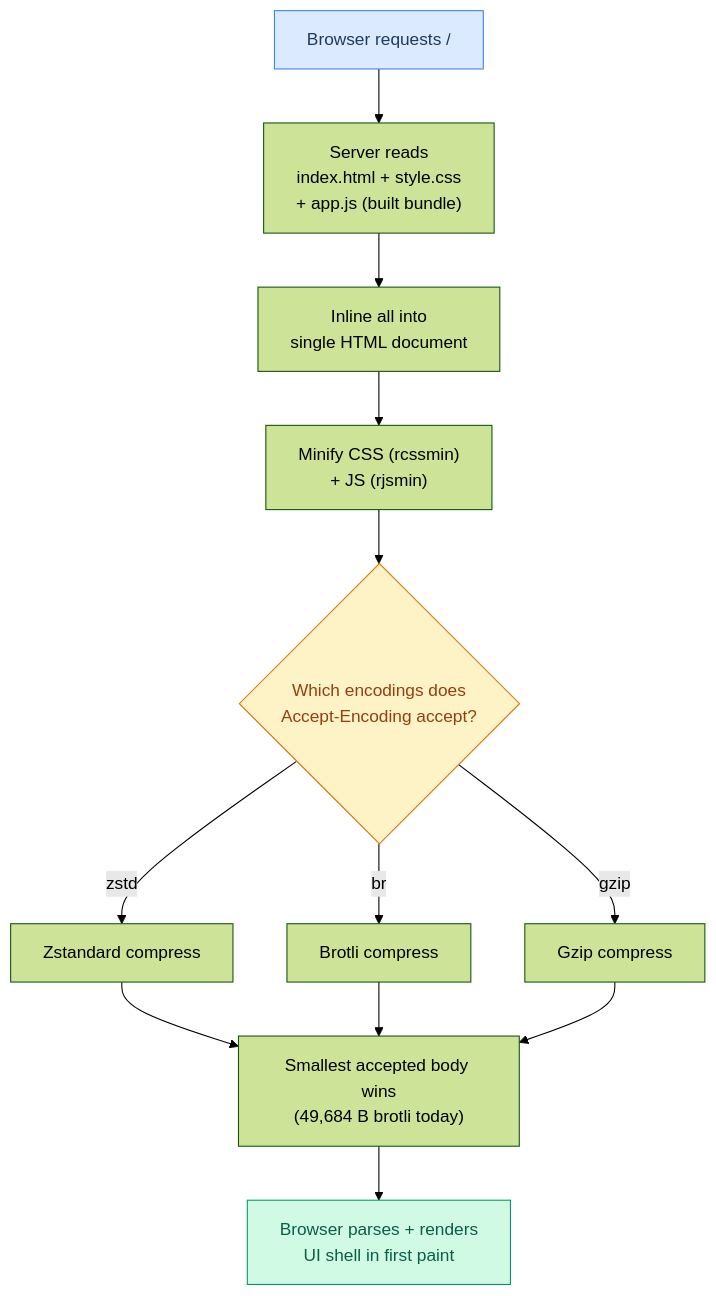
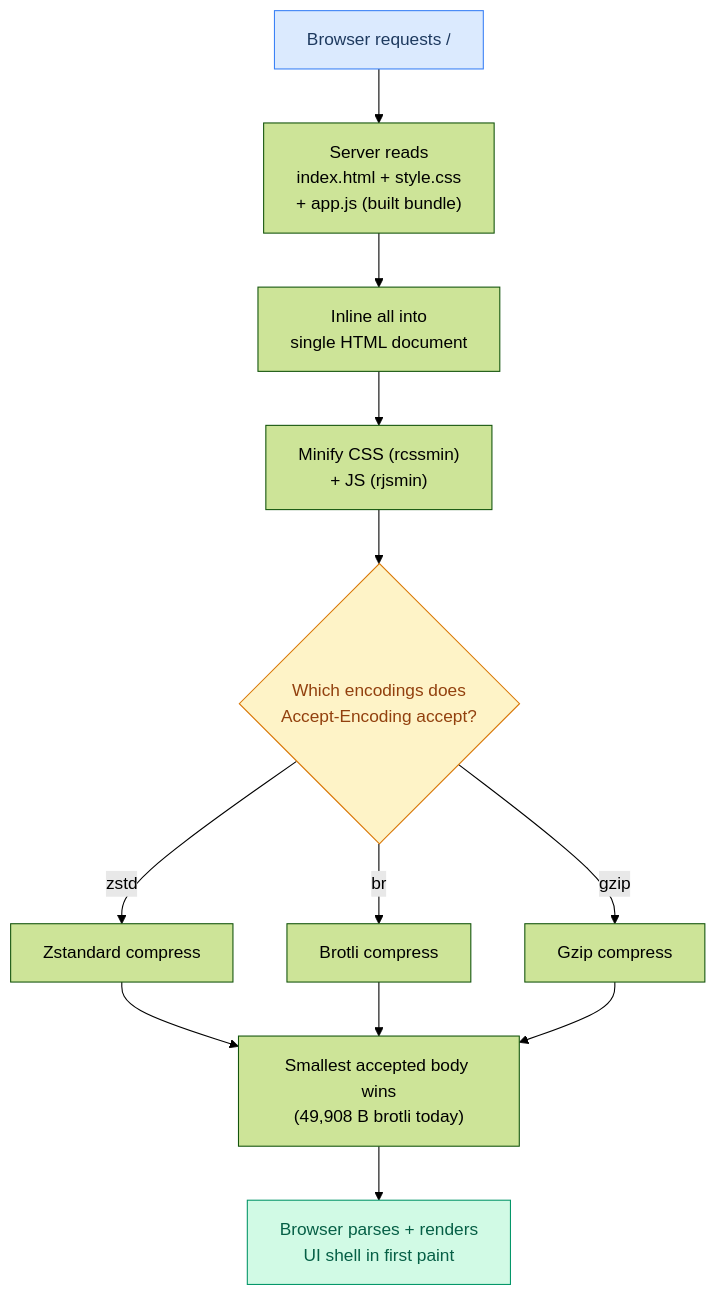
Diagram 16 of 18 in docs/USER_STORIES.md (maci0/recoverage), drawn with Mermaid (forest theme) before and after one commit. The commit also changed other lines of this file and 5 other files, not shown here.

````diff
--- a/docs/USER_STORIES.md
+++ b/docs/USER_STORIES.md
@@ -519,18 +519,18 @@
 ```mermaid
 graph TD
     A["Browser requests /"] --> B["Server reads<br/>index.html + style.css<br/>+ app.js (built bundle)"]
     B --> C["Inline all into<br/>single HTML document"]
     C --> D["Minify CSS (rcssmin)<br/>+ JS (rjsmin)"]
     D --> E{"Which encodings does<br/>Accept-Encoding accept?"}
     E -->|zstd| F["Zstandard compress"]
     E -->|br| G["Brotli compress"]
     E -->|gzip| H["Gzip compress"]
-    F --> I["Smallest accepted body wins<br/>(49,684 B brotli today)"]
+    F --> I["Smallest accepted body wins<br/>(49,908 B brotli today)"]
     G --> I
     H --> I
     I --> J["Browser parses + renders<br/>UI shell in first paint"]
 
     style A fill:#dbeafe,stroke:#3b82f6,color:#1e3a5f
     style J fill:#d1fae5,stroke:#059669,color:#065f46
     style E fill:#fef3c7,stroke:#d97706,color:#92400e
 ```
````
